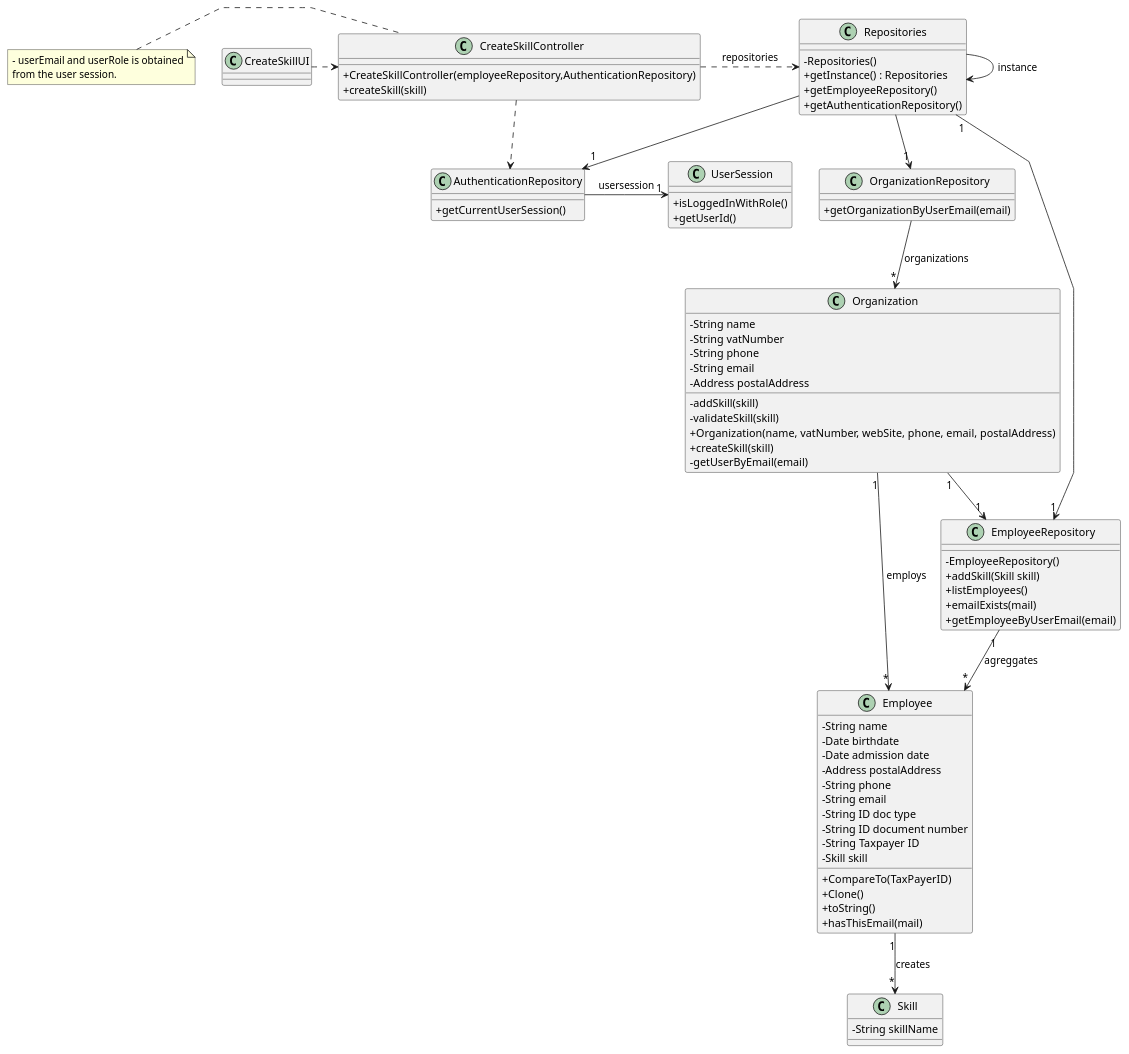
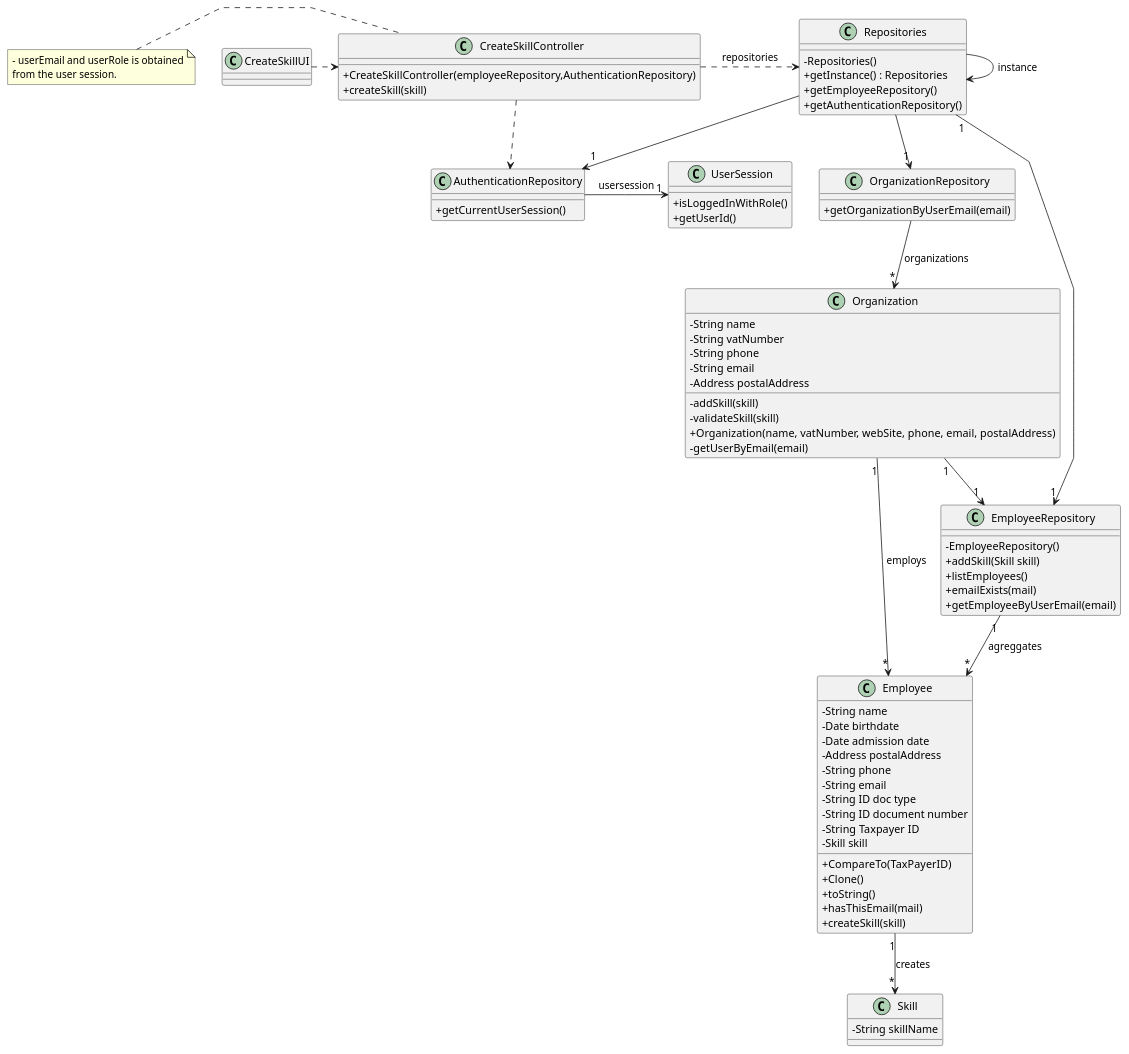
The diagram in docs/sprintC/us001/03.design/puml/us001-class-diagram.puml (Mendoncaa/LAPR2), drawn with PlantUML before and after one commit. The commit also changed other lines of this file and 19 other files, not shown here.

Commit message:
Update class diagram and sequence diagram (US01 and US04), update domain model

```diff
--- a/docs/sprintC/us001/03.design/puml/us001-class-diagram.puml
+++ b/docs/sprintC/us001/03.design/puml/us001-class-diagram.puml
@@ -1,109 +1,109 @@
 @startuml
 'skinparam monochrome true
 skinparam packageStyle rectangle
 skinparam shadowing false
 skinparam linetype polyline
 'skinparam linetype orto
 
 skinparam classAttributeIconSize 0
 
 'left to right direction
 
 class CreateSkillUI {
 }
 
 class CreateSkillController {
     + CreateSkillController(employeeRepository,AuthenticationRepository)
     + createSkill(skill)
 
 }
 
 class Repositories {
     - Repositories()
     + getInstance() : Repositories
     + getEmployeeRepository()
     + getAuthenticationRepository()
 }
 
 class AuthenticationRepository {
     + getCurrentUserSession()
 }
 
 class UserSession {
     + isLoggedInWithRole()
     + getUserId()
 }
 
 class OrganizationRepository {
     + getOrganizationByUserEmail(email)
 }
 
 class Organization {
     - String name
     - String vatNumber
     - String phone
     - String email
     - Address postalAddress
     - addSkill(skill)
     - validateSkill(skill)
     + Organization(name, vatNumber, webSite, phone, email, postalAddress)
-    + createSkill(skill)
     - getUserByEmail(email)
 
 }
 
 class EmployeeRepository {
     - EmployeeRepository()
     + addSkill(Skill skill)
     + listEmployees()
     + emailExists(mail)
     + getEmployeeByUserEmail(email)
 }
 
 class Employee {
     - String name
     - Date birthdate
     - Date admission date
     - Address postalAddress
     - String phone
     - String email
     - String ID doc type
     - String ID document number
     - String Taxpayer ID
     - Skill skill
     + CompareTo(TaxPayerID)
     + Clone()
     + toString()
     + hasThisEmail(mail)
+    + createSkill(skill)
 }
 
 
 class Skill {
     - String skillName
 }
 
 note left of CreateSkillController
     - userEmail and userRole is obtained
     from the user session.
 end note
 
 
 
 
 Repositories -> Repositories : instance
 CreateSkillUI .> CreateSkillController
 CreateSkillController .> Repositories : repositories
 Repositories --> "1" OrganizationRepository
 OrganizationRepository --> "*" Organization : organizations
 AuthenticationRepository -> "1" UserSession : usersession
 Repositories --> "1" AuthenticationRepository
 Employee "1" --> "*" Skill : creates
 Repositories "1" --> "1" EmployeeRepository
 Organization "1" --> "*" Employee : employs
 EmployeeRepository "1" --> "*" Employee : agreggates
 CreateSkillController .> AuthenticationRepository
 Organization "1" --> "1" EmployeeRepository
 
 
 
 @enduml
```
